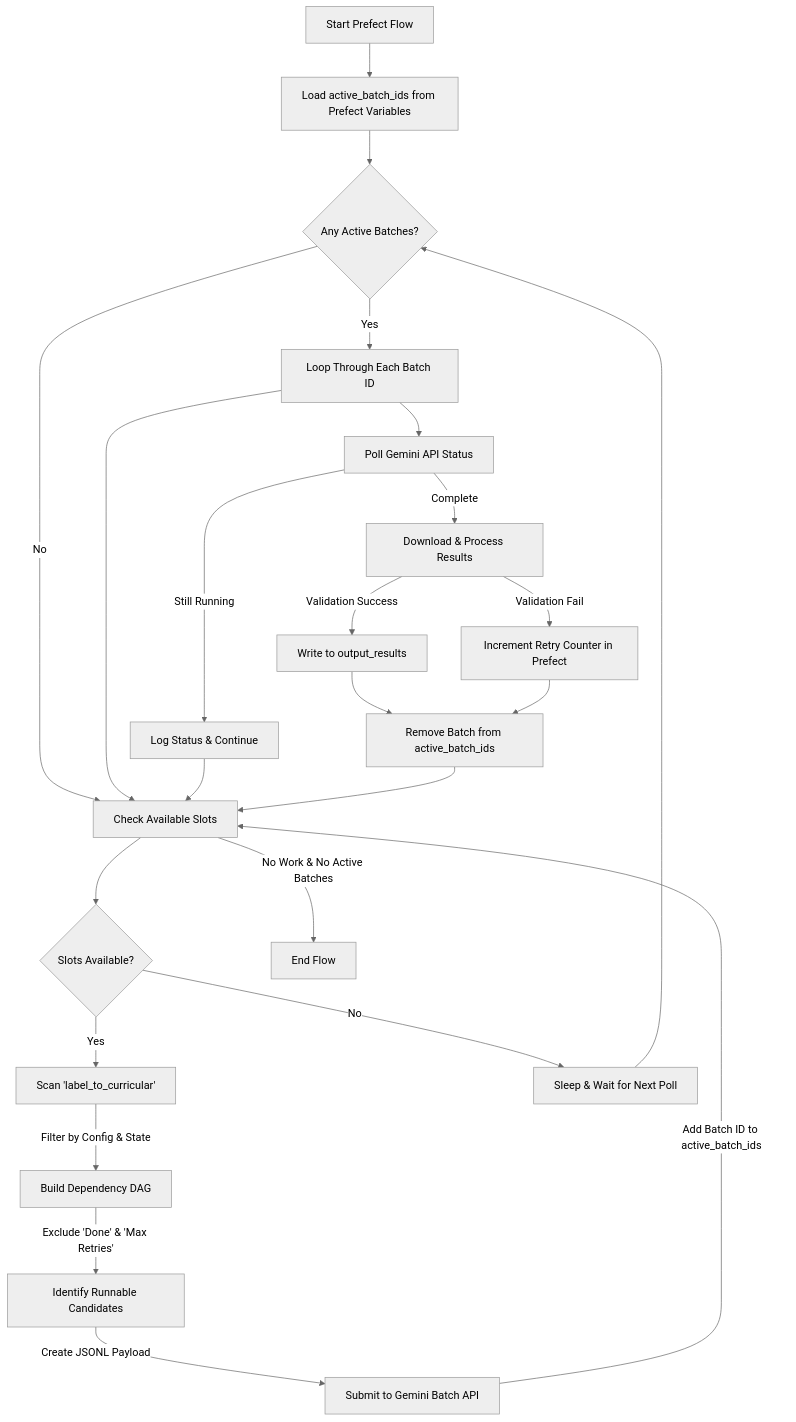
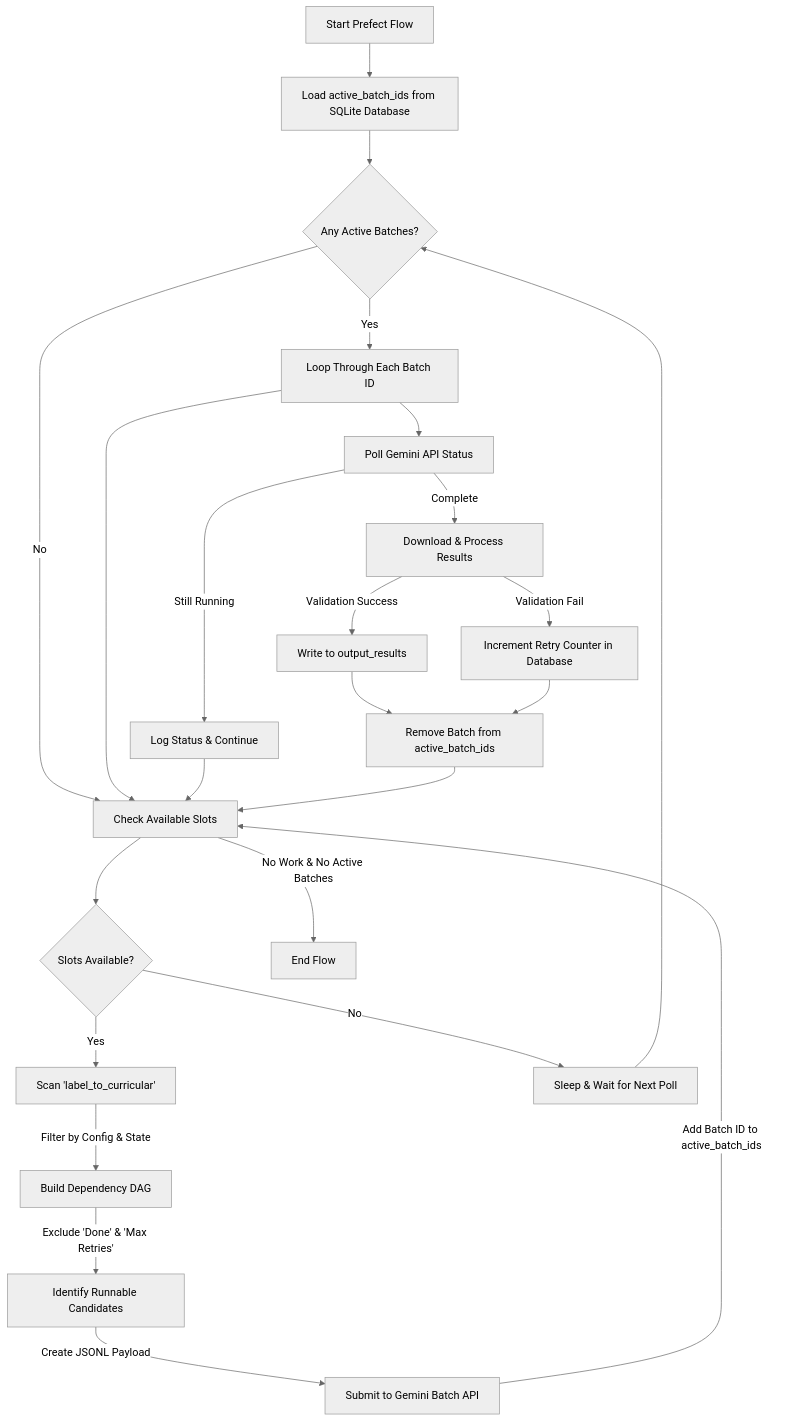
The diagram in design_docs/01_architecture.md (AnsonDev42/gemini-ocr-batch), drawn with Mermaid (neutral theme) before and after one commit. The commit also changed other lines of this file and 11 other files, not shown here.

Commit message:
refactor(states): migrate from using prefect_variables to use sqlite db to store active_batch_ids, inflight_records and failures etc

````diff
--- a/design_docs/01_architecture.md
+++ b/design_docs/01_architecture.md
@@ -15,31 +15,31 @@
 ```mermaid
 graph TD
-    A[Start Prefect Flow] --> B[Load active_batch_ids from Prefect Variables]
+    A[Start Prefect Flow] --> B[Load active_batch_ids from SQLite Database]
     
     B --> C{Any Active Batches?}
     
     C -->|Yes| D[Loop Through Each Batch ID]
     D --> E[Poll Gemini API Status]
     E -->|Still Running| F[Log Status & Continue]
     E -->|Complete| G[Download & Process Results]
     G -->|Validation Success| H[Write to output_results]
-    G -->|Validation Fail| I[Increment Retry Counter in Prefect]
+    G -->|Validation Fail| I[Increment Retry Counter in Database]
     H & I --> J[Remove Batch from active_batch_ids]
     
     C -->|No| K[Check Available Slots]
     D --> K
     F --> K
     J --> K
     
     K --> L{Slots Available?}
     L -->|Yes| M[Scan 'label_to_curricular']
     L -->|No| N[Sleep & Wait for Next Poll]
     N --> C
     
     M -->|Filter by Config & State| O[Build Dependency DAG]
     O -->|Exclude 'Done' & 'Max Retries'| P[Identify Runnable Candidates]
     P -->|Create JSONL Payload| Q[Submit to Gemini Batch API]
     Q -->|Add Batch ID to active_batch_ids| K
     
     K -->|No Work & No Active Batches| R[End Flow]
 ```
````
